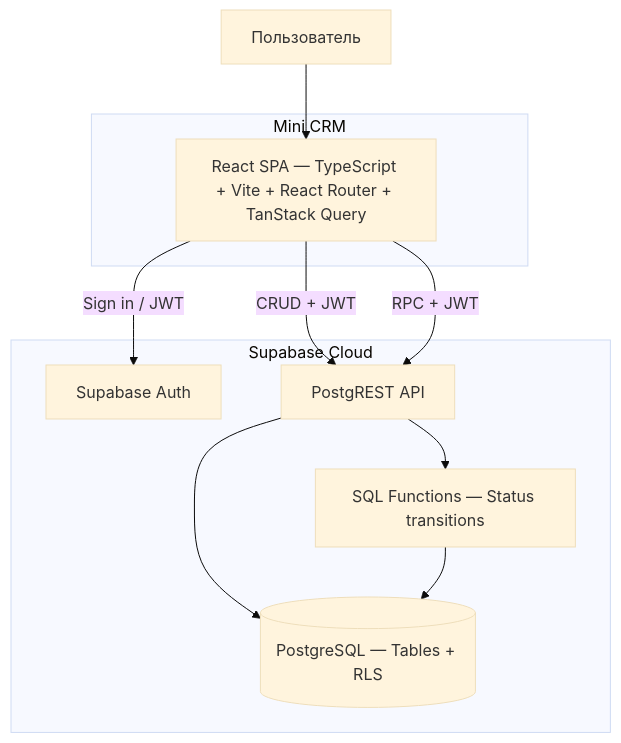
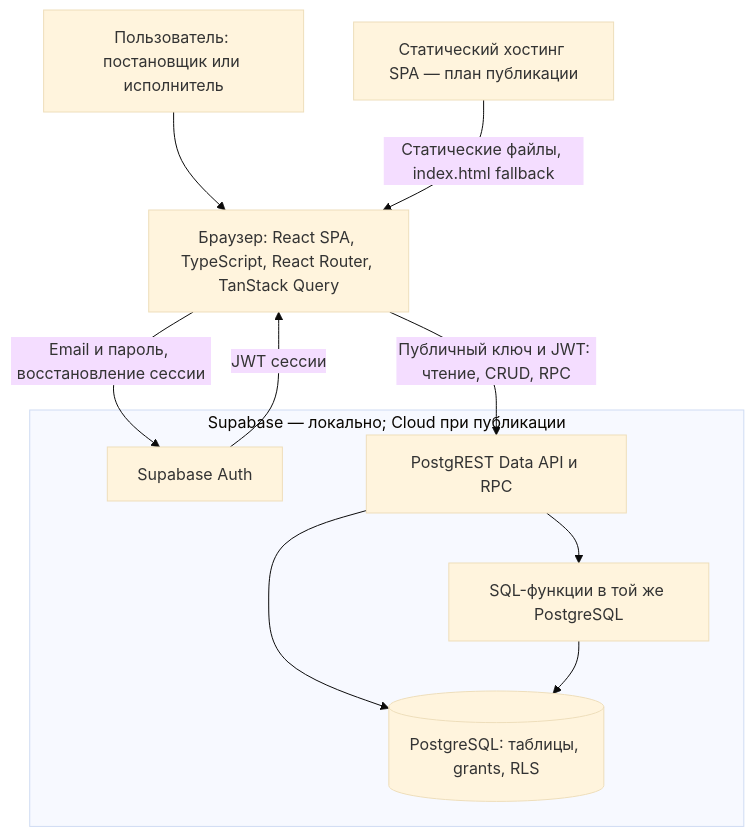
Before and after one commit to Alexwrj/mini-crm: the diagram in docs/c2.md, drawn with Mermaid (base theme). The commit also changed other lines of this file and 9 other files, not shown here.

````diff
--- a/docs/c2.md
+++ b/docs/c2.md
@@ -8,23 +7,20 @@
 ```mermaid
 flowchart TB
-  U["Пользователь"]
-
-  subgraph APP["Mini CRM"]
-    FE["React SPA — TypeScript + Vite + React Router + TanStack Query"]
+  U["Пользователь: постановщик или исполнитель"]
+  HOST["Статический хостинг SPA — план публикации"]
+  FE["Браузер: React SPA, TypeScript, React Router, TanStack Query"]
+  subgraph SB["Supabase — локально; Cloud при публикации"]
+    AUTH["Supabase Auth"]
+    API["PostgREST Data API и RPC"]
+    DB[("PostgreSQL: таблицы, grants, RLS")]
+    RPC["SQL-функции в той же PostgreSQL"]
   end
-
-  subgraph SB["Supabase Cloud"]
-    AUTH["Supabase Auth"]
-    API["PostgREST API"]
-    DB[("PostgreSQL — Tables + RLS")]
-    RPC["SQL Functions — Status transitions"]
-  end
-
   U --> FE
-  FE -->|"Sign in / JWT"| AUTH
-  FE -->|"CRUD + JWT"| API
-  FE -->|"RPC + JWT"| API
+  HOST -->|"Статические файлы, index.html fallback"| FE
+  FE -->|"Email и пароль, восстановление сессии"| AUTH
+  AUTH -->|"JWT сессии"| FE
+  FE -->|"Публичный ключ и JWT: чтение, CRUD, RPC"| API
   API --> DB
   API --> RPC
   RPC --> DB
 ```
````
